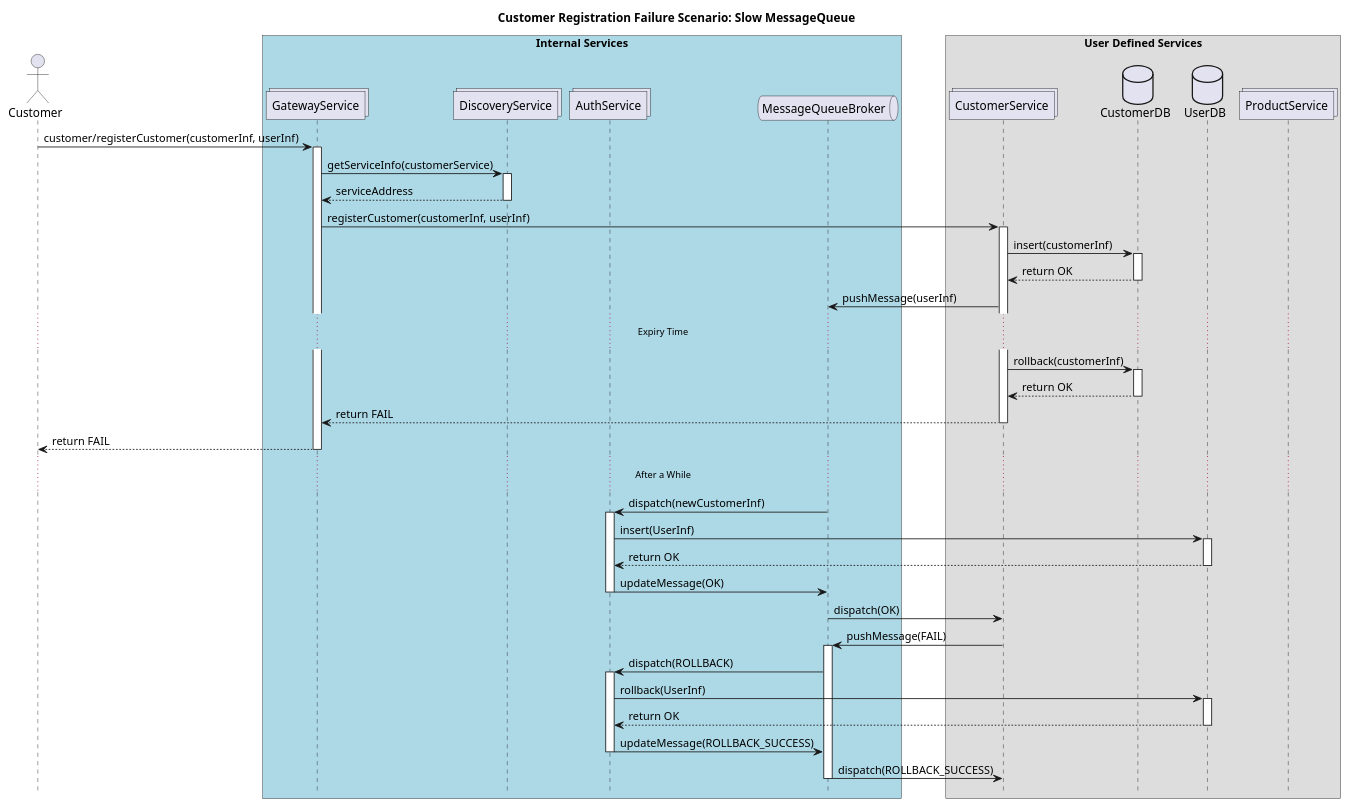
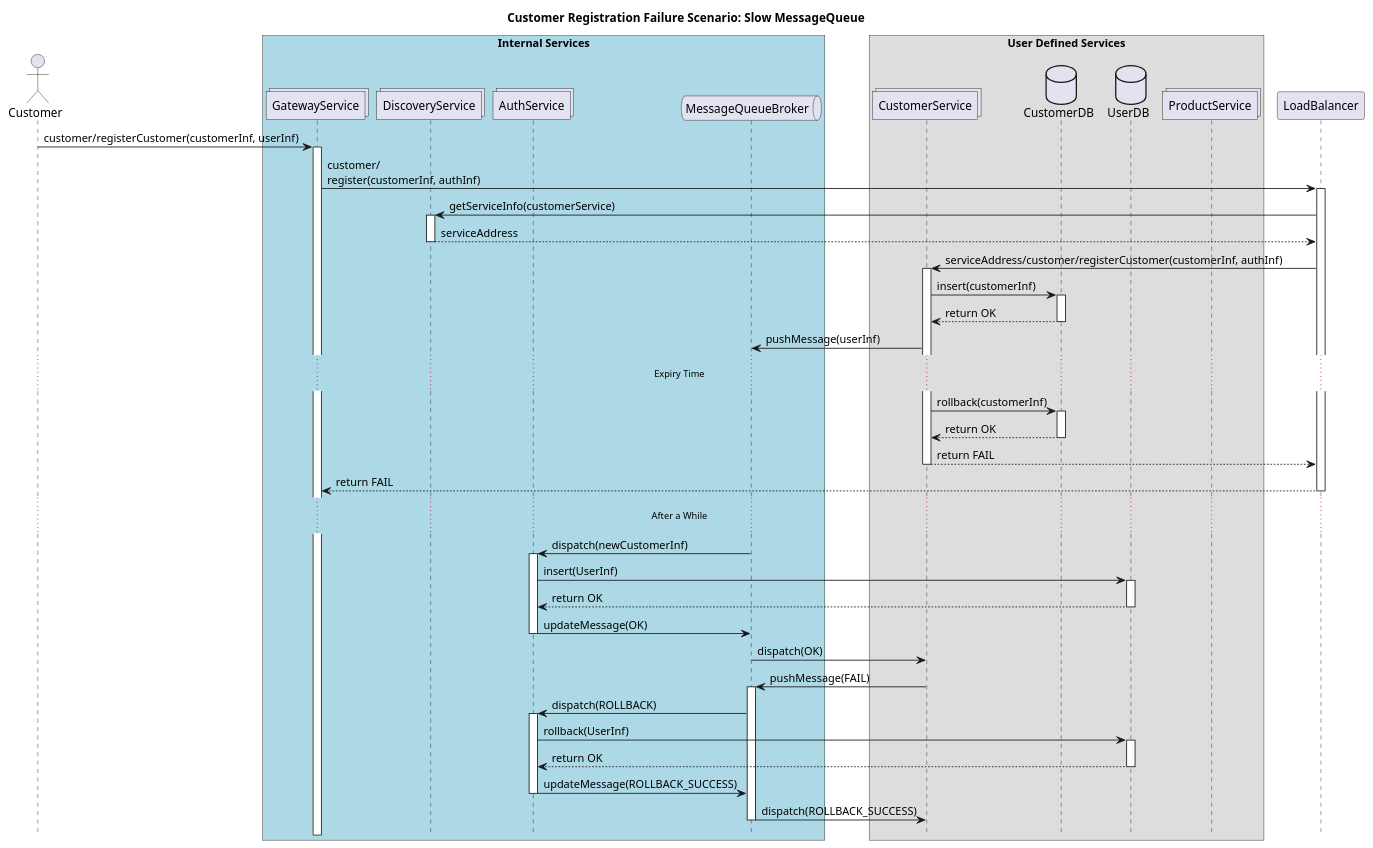
One commit to naimyurek/microblockthesis changed the diagram in 05 Client Registration Failure 2.wsd. Above: the diagram before and after it, drawn with PlantUML. The commit also changed 3 other files, not shown here.

Commit message:
load balancer seneryolara eklendi

```diff
--- a/05 Client Registration Failure 2.wsd
+++ b/05 Client Registration Failure 2.wsd
@@ -1,50 +1,51 @@
 @startuml CustomerRegistrationFailureScenarioSlowMessageQueue
 !pragma teoz true
 
 hide footbox
 actor Customer
 
 title "Customer Registration Failure Scenario: Slow MessageQueue"
 
 box "Internal Services" #LightBlue
 collections GatewayService
 collections DiscoveryService
 collections AuthService
 queue MessageQueueBroker
 end box
 
 box "User Defined Services"
 collections CustomerService
 database CustomerDB
 database UserDB
 collections ProductService
 end box
 
 Customer -> GatewayService ++ : customer/registerCustomer(customerInf, userInf)
-GatewayService -> DiscoveryService ++ : getServiceInfo(customerService)
+GatewayService -> LoadBalancer ++ : customer/\nregister(customerInf, authInf)
+LoadBalancer -> DiscoveryService ++ : getServiceInfo(customerService)
 return serviceAddress 
-GatewayService -> CustomerService ++ : registerCustomer(customerInf, userInf)
+LoadBalancer -> CustomerService ++ : serviceAddress/customer/registerCustomer(customerInf, authInf)
 CustomerService -> CustomerDB ++: insert(customerInf)
 return return OK 
 CustomerService -> MessageQueueBroker : pushMessage(userInf)
 ...Expiry Time...
 CustomerService -> CustomerDB ++: rollback(customerInf)
 return return OK 
 return return FAIL 
 return return FAIL 
 ...After a While...
 MessageQueueBroker -> AuthService ++ : dispatch(newCustomerInf)
 AuthService -> UserDB ++ : insert(UserInf)
 return return OK 
 AuthService -> MessageQueueBroker -- : updateMessage(OK)
 MessageQueueBroker -> CustomerService -- : dispatch(OK)
 CustomerService -> MessageQueueBroker ++ : pushMessage(FAIL)
 MessageQueueBroker -> AuthService ++ : dispatch(ROLLBACK)
 AuthService -> UserDB ++ : rollback(UserInf)
 return return OK 
 AuthService -> MessageQueueBroker -- : updateMessage(ROLLBACK_SUCCESS) 
 MessageQueueBroker -> CustomerService -- : dispatch(ROLLBACK_SUCCESS)
 
 
 
 @enduml
```
